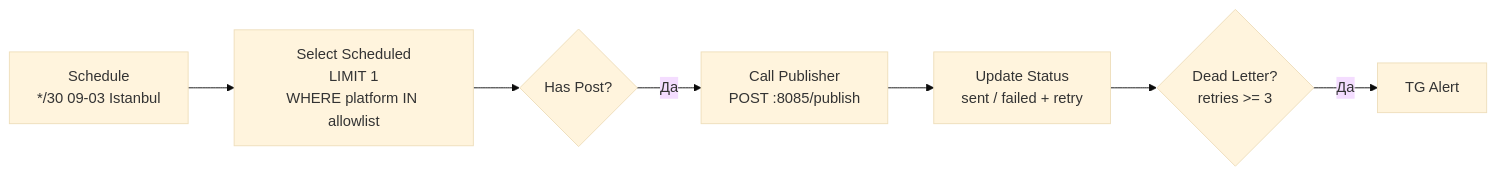
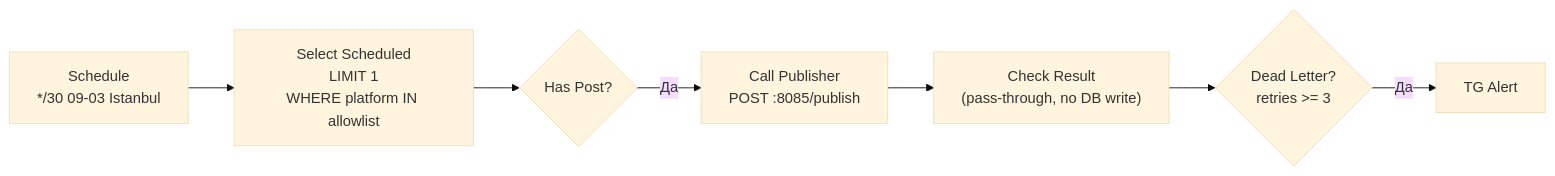
The sixth of 7 diagrams in docs/Workflows.md (TimmyZinin/content-pipeline), drawn with Mermaid (base theme) before and after one commit. The commit also changed 1 other file, not shown here.

Commit message:
fix: n8n Publisher v3 — remove duplicate status write
Update Status node → Check Result (pass-through Code, no DB write).
Publisher Service = sole owner of sent/failed transitions.
n8n = orchestration (select, call, retry/dead-letter, alert).
No duplicate status writes.
Docs: Workflows.md, sql-snippets.md updated.

````diff
--- a/docs/Workflows.md
+++ b/docs/Workflows.md
@@ -123,9 +123,9 @@
 ```mermaid
 flowchart LR
     CRON["Schedule\n*/30 09-03 Istanbul"] --> SQL["Select Scheduled\nLIMIT 1\nWHERE platform IN allowlist"]
     SQL --> IF1{"Has Post?"}
     IF1 -->|Да| HTTP["Call Publisher\nPOST :8085/publish"]
-    HTTP --> UPD["Update Status\nsent / failed + retry"]
-    UPD --> IF2{"Dead Letter?\nretries >= 3"}
+    HTTP --> CHK["Check Result\n(pass-through, no DB write)"]
+    CHK --> IF2{"Dead Letter?\nretries >= 3"}
     IF2 -->|Да| TG["TG Alert"]
 ```
````
